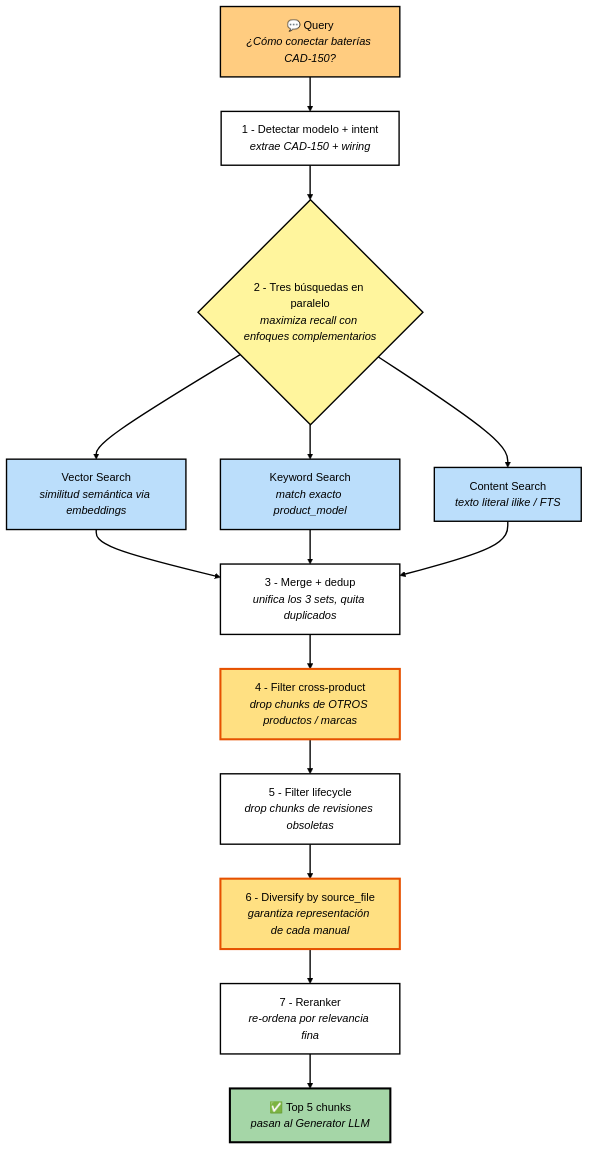
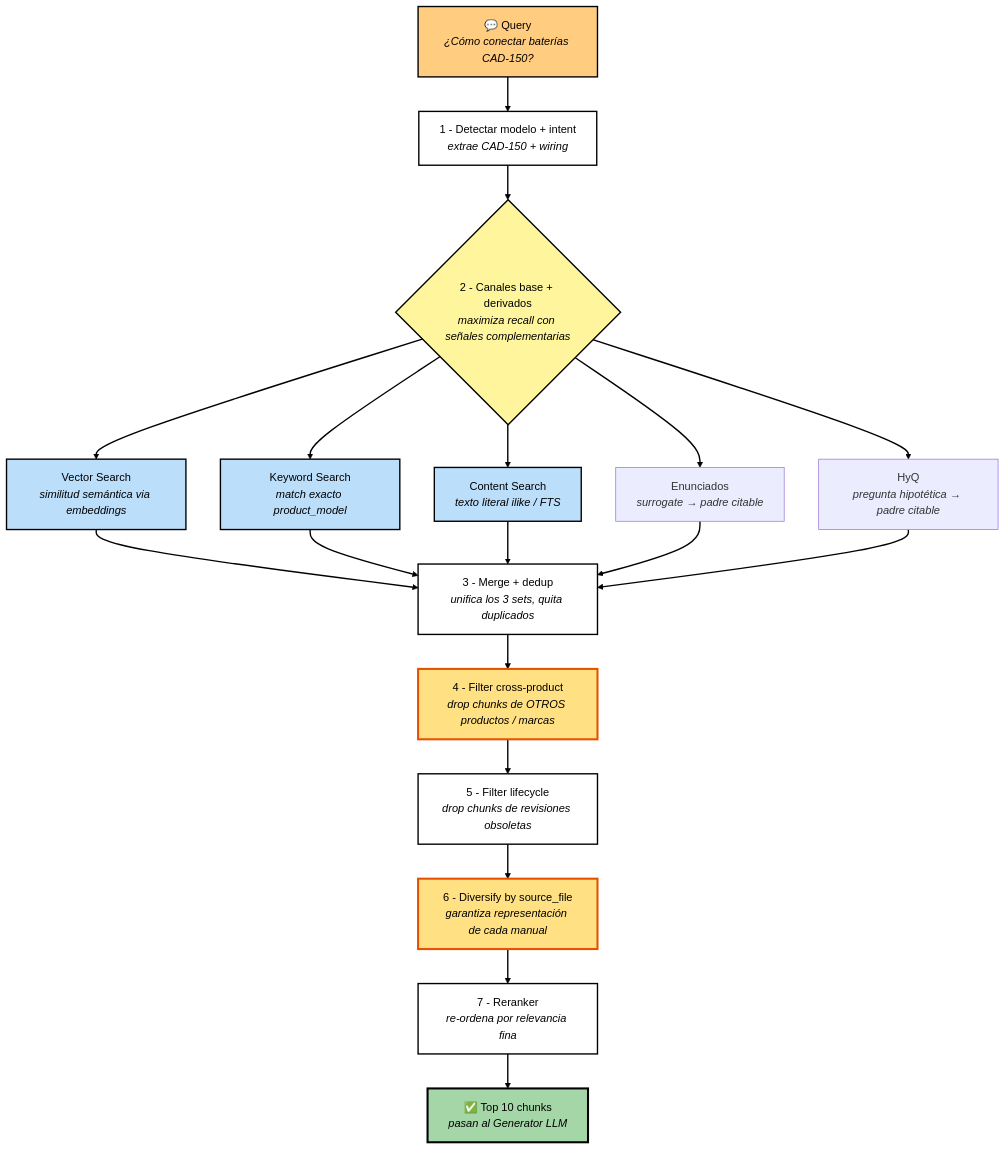
Before and after one commit to albertofontiber/technical_bot: the fifth of 8 diagrams in docs/ARCHITECTURE.md, drawn with Mermaid. The commit also changed other lines of this file and 61 other files, not shown here.

````diff
--- a/docs/ARCHITECTURE.md
+++ b/docs/ARCHITECTURE.md
@@ -386,34 +412,38 @@
 ```mermaid
 flowchart TB
     Q[💬 Query<br><i>¿Cómo conectar baterías CAD-150?</i>] --> Extract[1 - Detectar modelo + intent<br><i>extrae CAD-150 + wiring</i>]
-    Extract --> Parallel{2 - Tres búsquedas en paralelo<br><i>maximiza recall con enfoques complementarios</i>}
+    Extract --> Parallel{2 - Canales base + derivados<br><i>maximiza recall con señales complementarias</i>}
     
     Parallel --> VS[Vector Search<br><i>similitud semántica via embeddings</i>]
     Parallel --> KS[Keyword Search<br><i>match exacto product_model</i>]
     Parallel --> CS[Content Search<br><i>texto literal ilike / FTS</i>]
+    Parallel --> ES[Enunciados<br><i>surrogate → padre citable</i>]
+    Parallel --> HQ[HyQ<br><i>pregunta hipotética → padre citable</i>]
     
     VS --> Merge[3 - Merge + dedup<br><i>unifica los 3 sets, quita duplicados</i>]
     KS --> Merge
     CS --> Merge
+    ES --> Merge
+    HQ --> Merge
     
     Merge --> Filter1[4 - Filter cross-product<br><i>drop chunks de OTROS productos / marcas</i>]
     Filter1 --> Filter2[5 - Filter lifecycle<br><i>drop chunks de revisiones obsoletas</i>]
     Filter2 --> Diverse[6 - Diversify by source_file<br><i>garantiza representación de cada manual</i>]
     Diverse --> Rerank[7 - Reranker<br><i>re-ordena por relevancia fina</i>]
-    Rerank --> Out[✅ Top 5 chunks<br><i>pasan al Generator LLM</i>]
+    Rerank --> Out[✅ Top 10 chunks<br><i>pasan al Generator LLM</i>]
     
     style Q fill:#ffcc80,stroke:#000000,color:#000000,stroke-width:2px
     style Extract fill:#ffffff,stroke:#000000,color:#000000,stroke-width:2px
     style Parallel fill:#fff59d,stroke:#000000,color:#000000,stroke-width:2px
     style VS fill:#bbdefb,stroke:#000000,color:#000000,stroke-width:2px
     style KS fill:#bbdefb,stroke:#000000,color:#000000,stroke-width:2px
     style CS fill:#bbdefb,stroke:#000000,color:#000000,stroke-width:2px
     style Merge fill:#ffffff,stroke:#000000,color:#000000,stroke-width:2px
     style Filter1 fill:#ffe082,stroke:#e65100,color:#000000,stroke-width:3px
     style Filter2 fill:#ffffff,stroke:#000000,color:#000000,stroke-width:2px
     style Diverse fill:#ffe082,stroke:#e65100,color:#000000,stroke-width:3px
     style Rerank fill:#ffffff,stroke:#000000,color:#000000,stroke-width:2px
     style Out fill:#a5d6a7,stroke:#000000,color:#000000,stroke-width:3px
 
     linkStyle default stroke:#000000,stroke-width:2px
 ```
````
